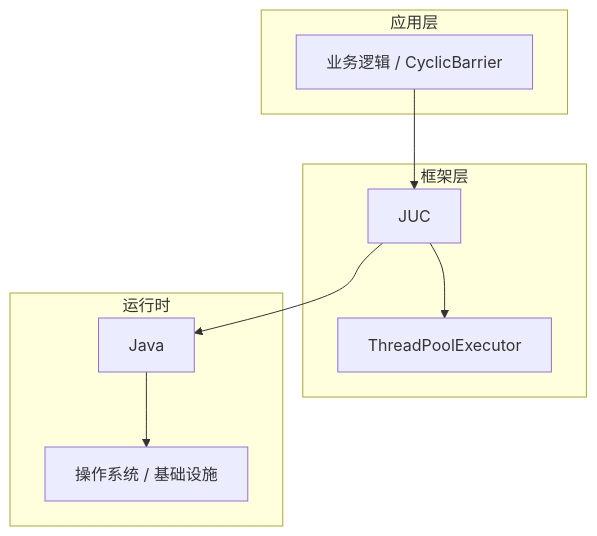
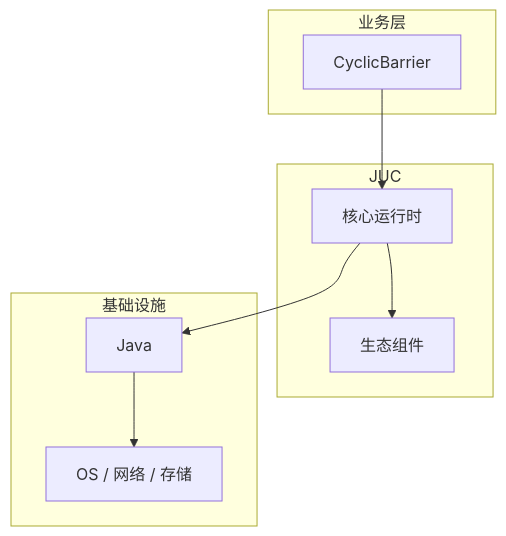
One commit to yanggan2015/knowledge-json-v2 changed the diagram in articles/Java并发/chapters/073-CyclicBarrier核心概念与原理.md. Above: the diagram before and after it, drawn with Mermaid. The commit also changed other lines of this file and 10127 other files, not shown here.

````diff
--- a/articles/Java并发/chapters/073-CyclicBarrier核心概念与原理.md
+++ b/articles/Java并发/chapters/073-CyclicBarrier核心概念与原理.md
@@ -45,18 +34,18 @@
 ```mermaid
 graph TB
-    subgraph 应用层
-        A[业务逻辑 / CyclicBarrier]
+    subgraph 业务层
+        A[CyclicBarrier]
     end
-    subgraph 框架层
-        B[JUC]
-        C[ThreadPoolExecutor]
+    subgraph JUC
+        B[核心运行时]
+        C[生态组件]
     end
-    subgraph 运行时
+    subgraph 基础设施
         D[Java]
-        E[操作系统 / 基础设施]
+        E[OS / 网络 / 存储]
     end
     A --> B
     B --> C
     B --> D
     D --> E
 ```
````
